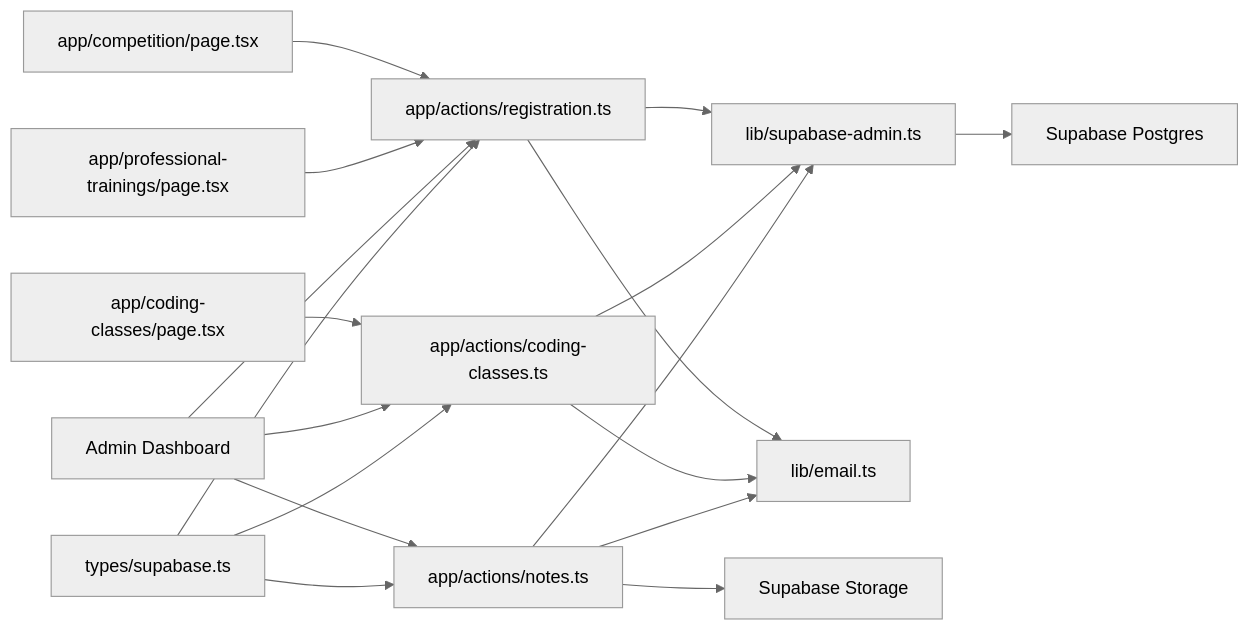
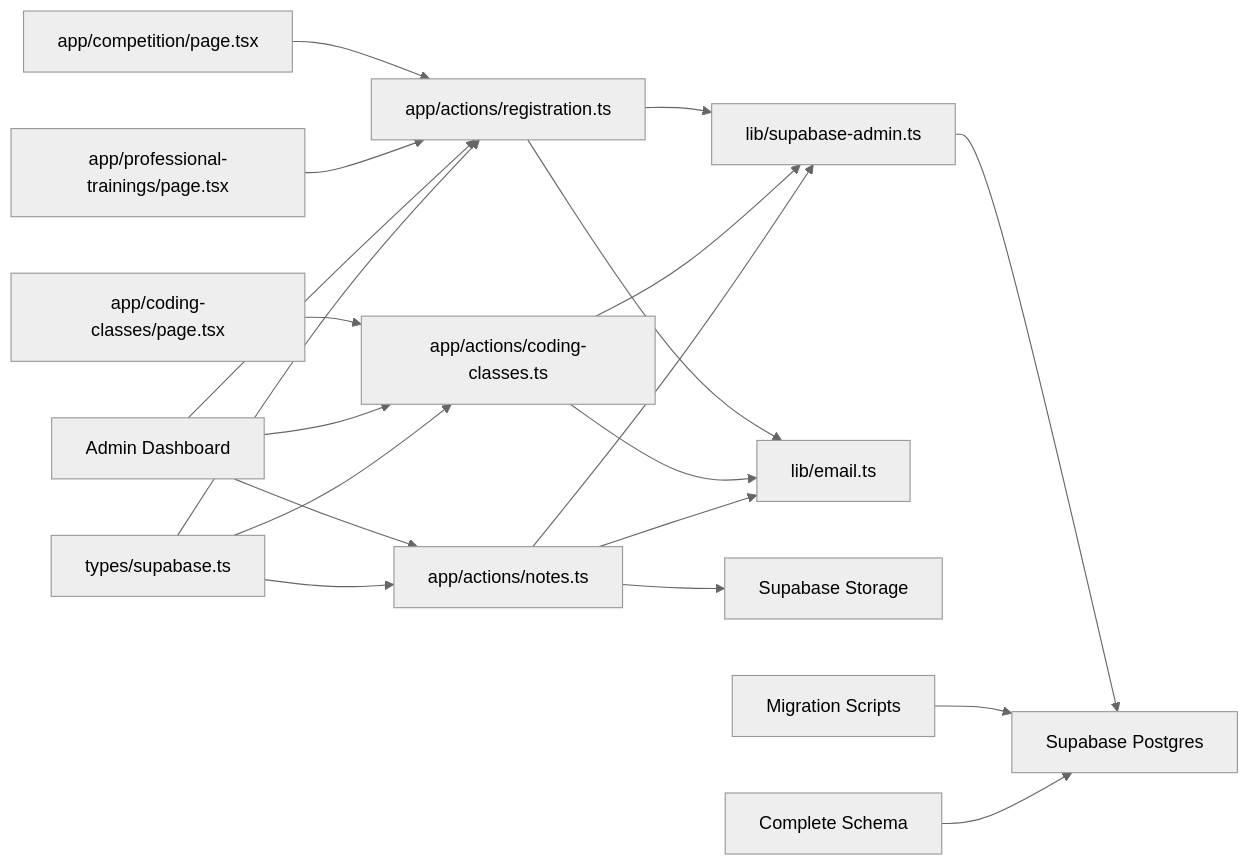
Before and after one commit to Black-box01/rhemaexpertsolutions: the fifth of 5 diagrams in .qoder/repowiki/en/content/Database Integration/Database Schema.md, drawn with Mermaid (neutral theme). The commit also changed other lines of this file and 37 other files, not shown here.

````diff
--- a/.qoder/repowiki/en/content/Database Integration/Database Schema.md
+++ b/.qoder/repowiki/en/content/Database Integration/Database Schema.md
@@ -480,20 +337,22 @@
 ```mermaid
 graph LR
 P1["app/competition/page.tsx"] --> A1["app/actions/registration.ts"]
 P2["app/coding-classes/page.tsx"] --> A2["app/actions/coding-classes.ts"]
 P3["app/professional-trainings/page.tsx"] --> A1
 P4["Admin Dashboard"] --> A1
 P4 --> A2
 P4 --> A3["app/actions/notes.ts"]
 A1 --> C2["lib/supabase-admin.ts"]
 A2 --> C2
 A3 --> C2
 C2 --> DB["Supabase Postgres"]
 A1 --> E1["lib/email.ts"]
 A2 --> E1
 A3 --> E1
 A3 --> S1["Supabase Storage"]
 T1["types/supabase.ts"] --> A1
 T1 --> A2
 T1 --> A3
+MS["Migration Scripts"] --> DB
+CS["Complete Schema"] --> DB
 ```
````
